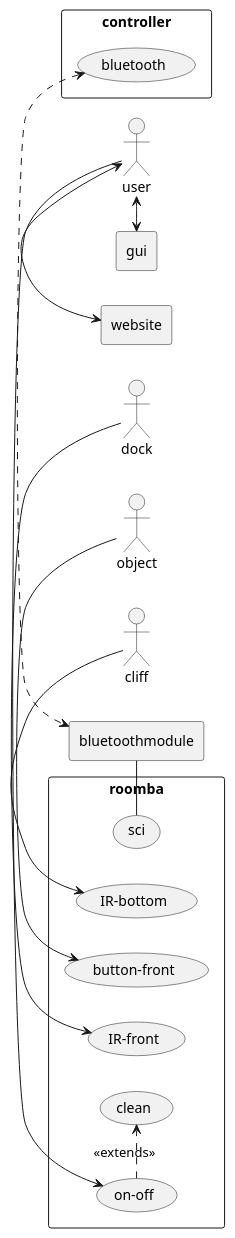
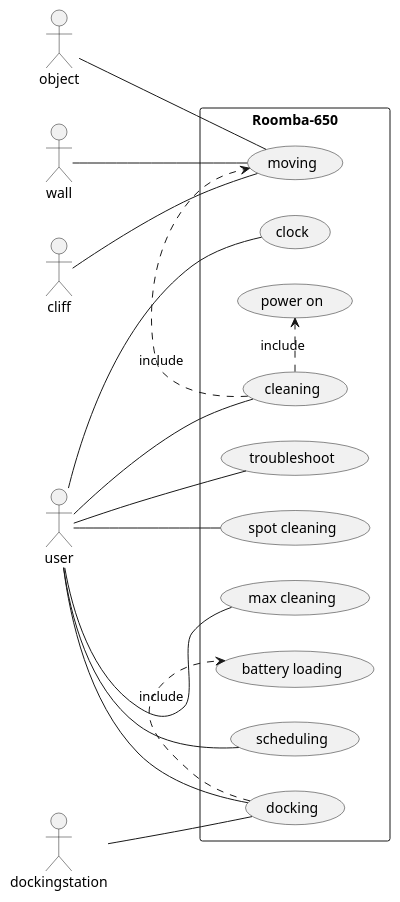
Before and after one commit to VvWijhe/Cleanify: the diagram in UML/use-case.puml, drawn with PlantUML. The commit also changed 4 other files, not shown here.

Commit message:
uml updated

```diff
--- a/UML/use-case.puml
+++ b/UML/use-case.puml
@@ -1,40 +1,37 @@
 @startuml
+
 left to right direction
+
 skinparam packageStyle rectangle
 
+actor wall
+actor cliff
+actor object
 actor user
-actor object
-actor cliff
-actor dock
+actor dockingstation
 
-rectangle gui {
+rectangle Roomba-650 {
+  object -- (moving)
+  cliff -- (moving)
+  wall -- (moving)
+  ' user -- (power on)
+  user -- (troubleshoot)
+  user -- (spot cleaning)
+  user -- (cleaning)
+  user -- (max cleaning)
+  user -- (scheduling)
+  user -- (clock)
+  user -- (docking)
+
+  dockingstation -- (docking)
+
+  (cleaning) .> (power on) : include
+
+  (cleaning) .> (moving) : include
+  (docking) .> (battery loading) : include
+
+ ' (cleaning) .> (spot cleaning) : include
+
+  ' (docking) .> (battery loading) : extends
 }
-
-rectangle website {
-}
-
-rectangle controller {
-   (bluetooth)
-}
-
-rectangle bluetoothmodule {
-
-}
-
-rectangle roomba {
-   (sci) - bluetoothmodule
-   (IR-bottom)
-   (IR-front)
-   (button-front)
-   cliff -> (IR-bottom)
-   object -> (button-front)
-   dock -> (IR-front)
-   user -> (on-off)
-   (on-off) .> (clean) : <<extends>>
-}
-
-user <-> website
-user <-> gui
-(bluetooth) <.> bluetoothmodule
-
 @enduml
```
